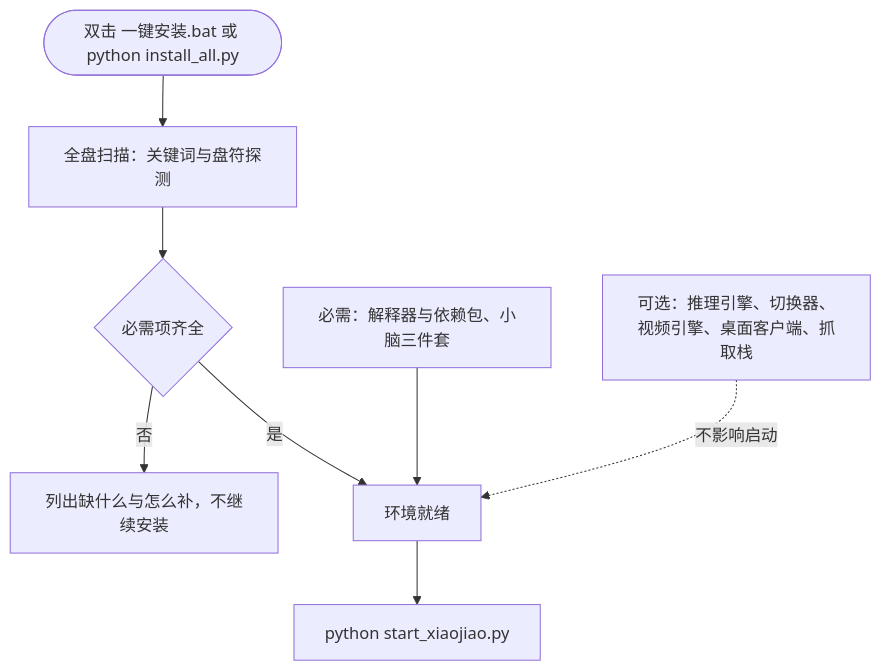
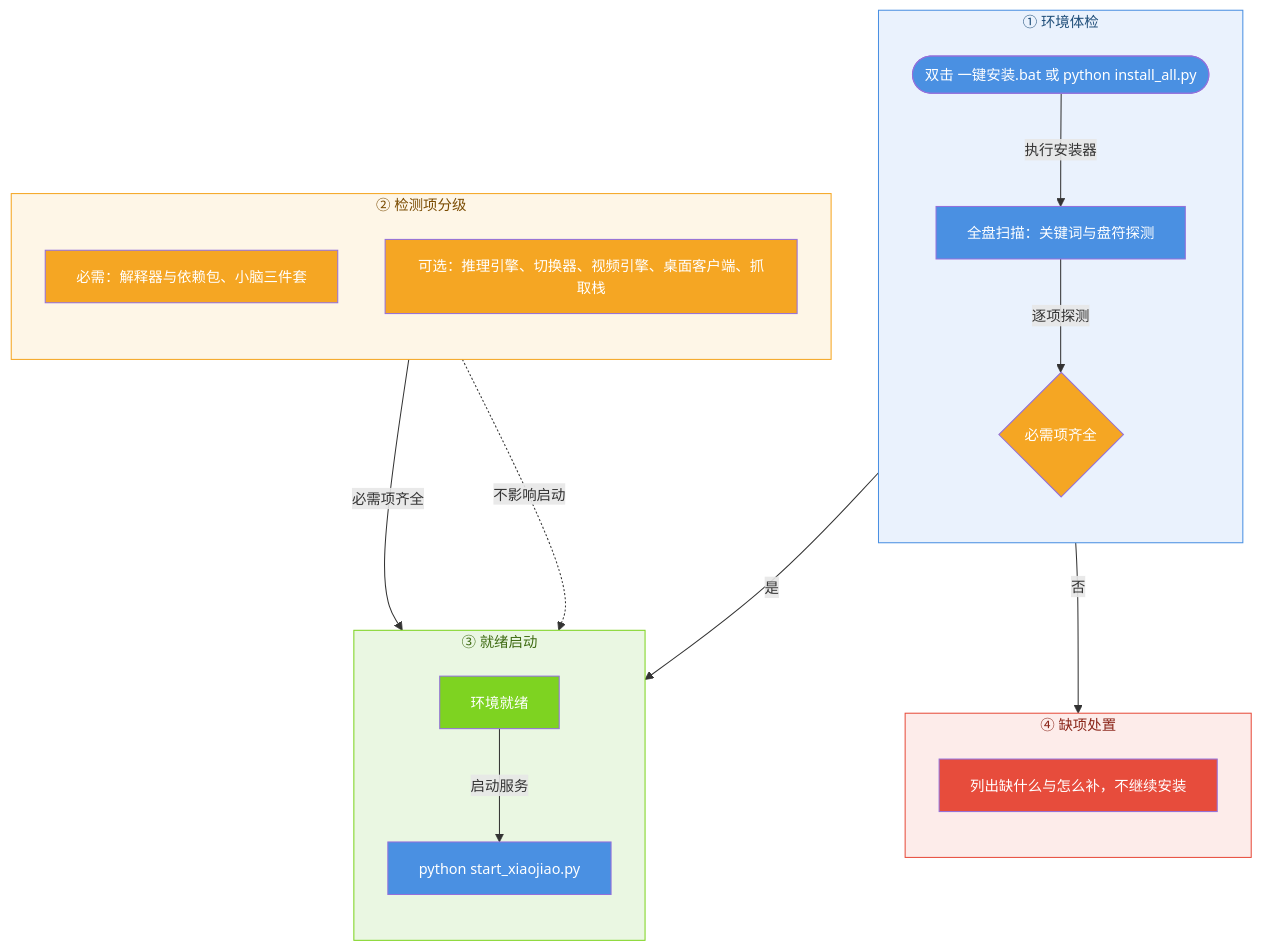
One commit to jiangchuangege/xiaojiao-harnees changed the second of 7 diagrams in README.md. Above: the diagram before and after it, drawn with Mermaid. The commit also changed other lines of this file and 30 other files, not shown here.

First line of the commit message:
﻿全仓 Mermaid 图统一 + 对比表与 License 修正

````diff
--- a/README.md
+++ b/README.md
@@ -184,10 +187,43 @@
 ```mermaid
 flowchart TB
-    START(["双击 一键安装.bat 或 python install_all.py"]) --> SCAN["全盘扫描：关键词与盘符探测"]
-    SCAN --> REQ{"必需项齐全"}
-    REQ -->|"否"| BLOCK["列出缺什么与怎么补，不继续安装"]
-    REQ -->|"是"| OK["环境就绪"]
-    MUST["必需：解释器与依赖包、小脑三件套"] --> OK
-    OPT["可选：推理引擎、切换器、视频引擎、桌面客户端、抓取栈"] -.->|"不影响启动"| OK
-    OK --> RUN["python start_xiaojiao.py"]
+%%{init: {"themeVariables": {"fontSize": "14px"}, "flowchart": {"htmlLabels": true, "wrappingWidth": 340, "nodeSpacing": 46, "rankSpacing": 64, "useMaxWidth": true}}}%%
+    subgraph CHECK["① 环境体检"]
+        direction TB
+        START(["双击 一键安装.bat 或 python install_all.py"])
+        SCAN["全盘扫描：关键词与盘符探测"]
+        REQ{"必需项齐全"}
+        START -->|"执行安装器"| SCAN
+        SCAN -->|"逐项探测"| REQ
+    end
+    subgraph GRADE["② 检测项分级"]
+        direction TB
+        MUST["必需：解释器与依赖包、小脑三件套"]
+        OPT["可选：推理引擎、切换器、视频引擎、桌面客户端、抓取栈"]
+    end
+    subgraph PASS["③ 就绪启动"]
+        direction TB
+        OK["环境就绪"]
+        RUN["python start_xiaojiao.py"]
+        OK -->|"启动服务"| RUN
+    end
+    subgraph FAIL["④ 缺项处置"]
+        direction TB
+        BLOCK["列出缺什么与怎么补，不继续安装"]
+    end
+    REQ -->|"否"| BLOCK
+    REQ -->|"是"| OK
+    MUST -->|"必需项齐全"| OK
+    OPT -.->|"不影响启动"| OK
+    style CHECK fill:#EAF2FD,stroke:#4A90E2,color:#1F4E79
+    style GRADE fill:#FEF6E7,stroke:#F5A623,color:#7A4B00
+    style PASS fill:#EAF7E2,stroke:#7ED321,color:#3E6B12
+    style FAIL fill:#FDECEA,stroke:#E74C3C,color:#8A2418
+    style START fill:#4A90E2,color:#fff
+    style SCAN fill:#4A90E2,color:#fff
+    style REQ fill:#F5A623,color:#fff
+    style MUST fill:#F5A623,color:#fff
+    style OPT fill:#F5A623,color:#fff
+    style OK fill:#7ED321,color:#fff
+    style RUN fill:#4A90E2,color:#fff
+    style BLOCK fill:#E74C3C,color:#fff
 ```
````
